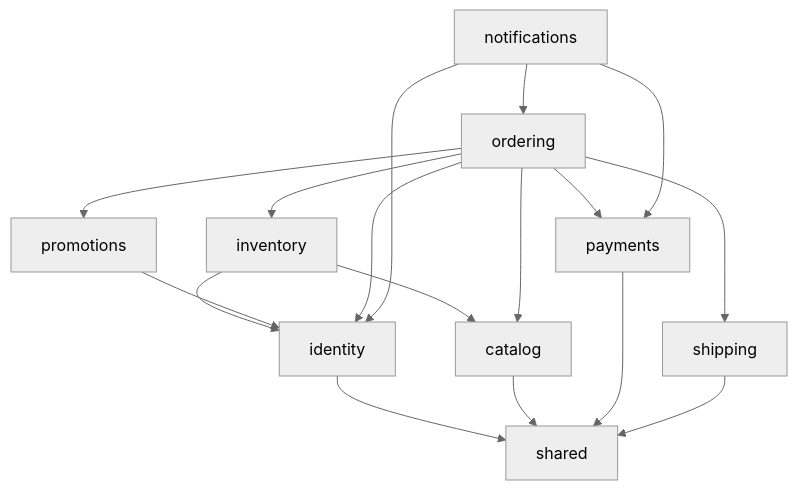
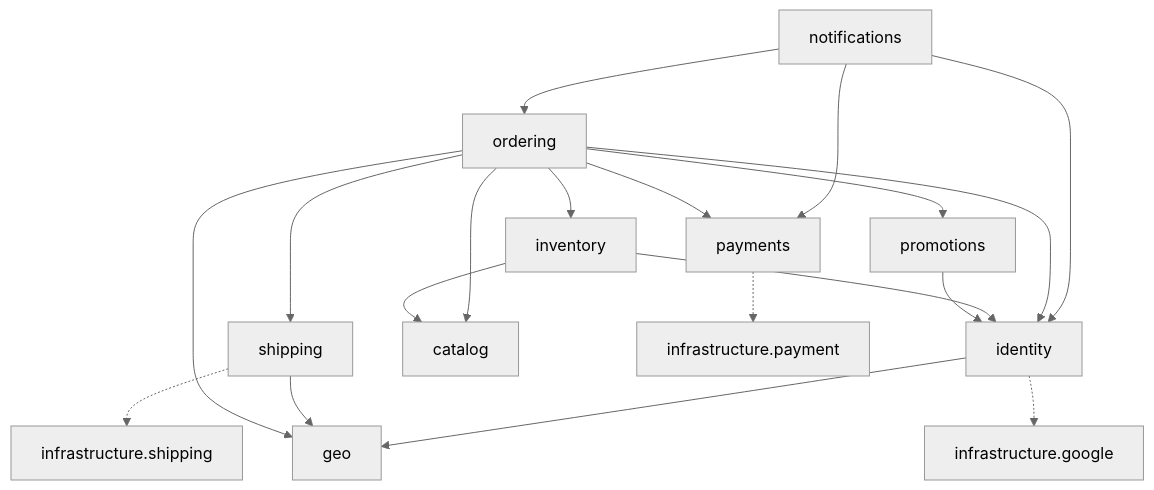
One commit to LuongCongThanh/fashion-store-backend changed the diagram in docs/architecture/02-backend-structure.md. Above: the diagram before and after it, drawn with Mermaid (neutral theme). The commit also changed other lines of this file and 35 other files, not shown here.

First line of the commit message:
docs(architecture): adopt one Django app per module (ADR 0018) and plan the code move

````diff
--- a/docs/architecture/02-backend-structure.md
+++ b/docs/architecture/02-backend-structure.md
@@ -109,20 +125,21 @@
 ```mermaid
 graph TB
-    shared[shared]
-    identity[identity] --> shared
-    catalog[catalog] --> shared
-    inventory[inventory] --> catalog
-    inventory --> identity
-    promotions[promotions] --> identity
-    payments[payments] --> shared
-    shipping[shipping] --> shared
-    ordering[ordering] --> inventory
+    notifications --> ordering
+    notifications --> identity
+    notifications --> payments
+    ordering --> inventory
     ordering --> promotions
     ordering --> payments
     ordering --> shipping
     ordering --> identity
     ordering --> catalog
-    notifications[notifications] --> ordering
-    notifications --> identity
-    notifications --> payments
+    inventory --> catalog
+    inventory --> identity
+    promotions --> identity
+    identity --> geo
+    shipping --> geo
+    ordering --> geo
+    payments -.-> infra_pay[infrastructure.payment]
+    shipping -.-> infra_ship[infrastructure.shipping]
+    identity -.-> infra_google[infrastructure.google]
 ```
````
